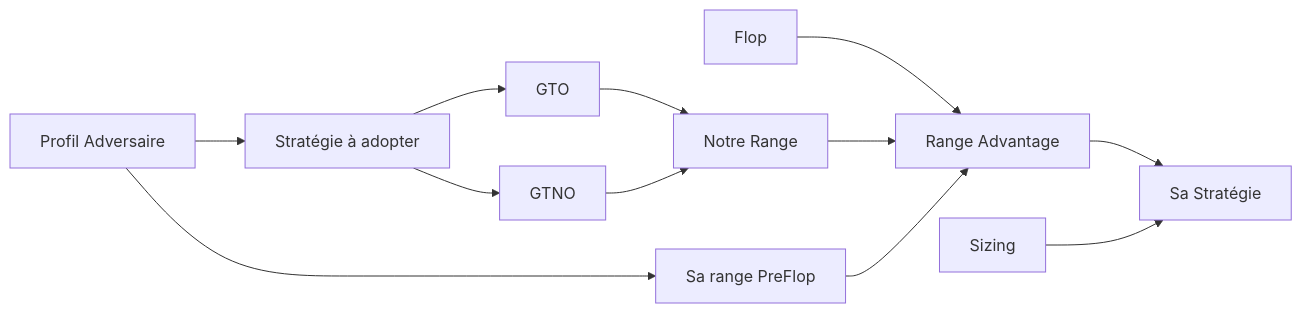
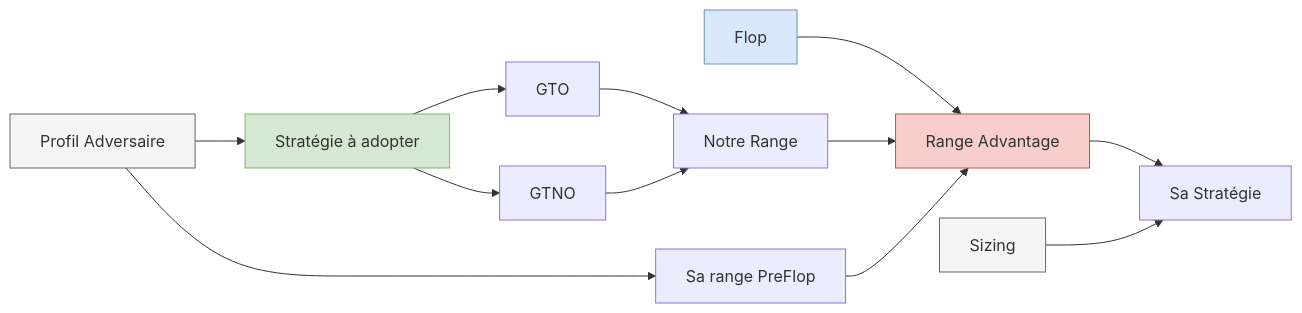
One commit to greglejeune/blog changed the diagram in _posts/2020-01-23-thinking-process.md. Above: the diagram before and after it, drawn with Mermaid.

```diff
--- a/_posts/2020-01-23-thinking-process.md
+++ b/_posts/2020-01-23-thinking-process.md
@@ -21,14 +21,19 @@
   <div class="mermaid">
     graph LR
       A[Profil Adversaire] --> S[Stratégie à adopter]
       S --> GTO
       S --> GTNO
       GTO --> N[Notre Range]
       GTNO --> N
       A --> R[Sa range PreFlop]
       Flop --> D[Range Advantage]
       N --> D
       R --> D
       D --> C[Sa Stratégie]
       Z[Sizing] --> C
+      style A fill:#f5f5f5,stroke:#666666,stroke-width:1px
+      style Z fill:#f5f5f5,stroke:#666666,stroke-width:1px
+      style D fill:#f8cecc,stroke:#b85450,stroke-width:1px
+      style S fill:#d5e8d4,stroke:#82b366,stroke-width:1px
+      style Flop fill:#dae8fc,stroke:#6c8ebf,stroke-width:1px
   </div>
```
